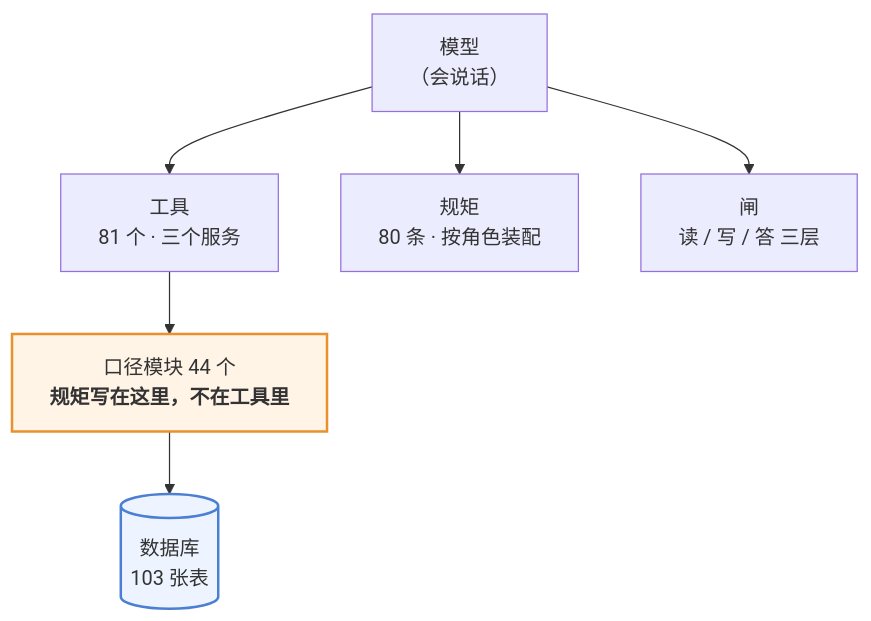
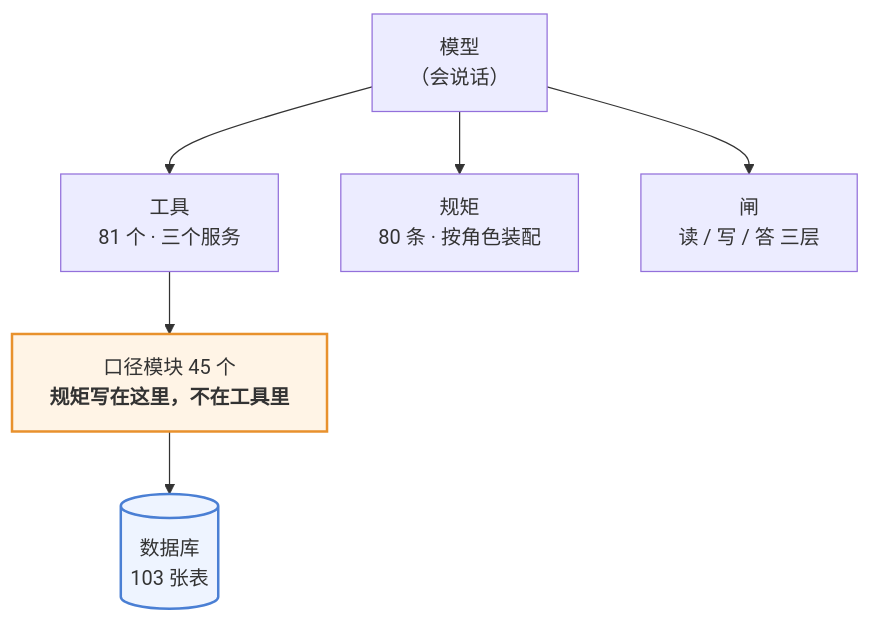
The first of 3 diagrams in 澜绣云裳agent-产品说明.md (843773296-rgb/lanxiu-yunshang-agent), drawn with Mermaid before and after one commit. The commit also changed other lines of this file and 8 other files, not shown here.

````diff
--- a/澜绣云裳agent-产品说明.md
+++ b/澜绣云裳agent-产品说明.md
@@ -62,12 +62,12 @@
 ```mermaid
 flowchart TD
     M["模型<br/>（会说话）"]
     M --> T["工具<br/>81 个 · 三个服务"]
     M --> R["规矩<br/>80 条 · 按角色装配"]
     M --> G["闸<br/>读 / 写 / 答 三层"]
-    T --> K["口径模块 44 个<br/><b>规矩写在这里，不在工具里</b>"]
+    T --> K["口径模块 45 个<br/><b>规矩写在这里，不在工具里</b>"]
     K --> DB[("数据库<br/>103 张表")]
 
     style K fill:#fff4e6,stroke:#e8912d,stroke-width:2px
     style DB fill:#eef4ff,stroke:#4a7fd4,stroke-width:2px
 ```
````
